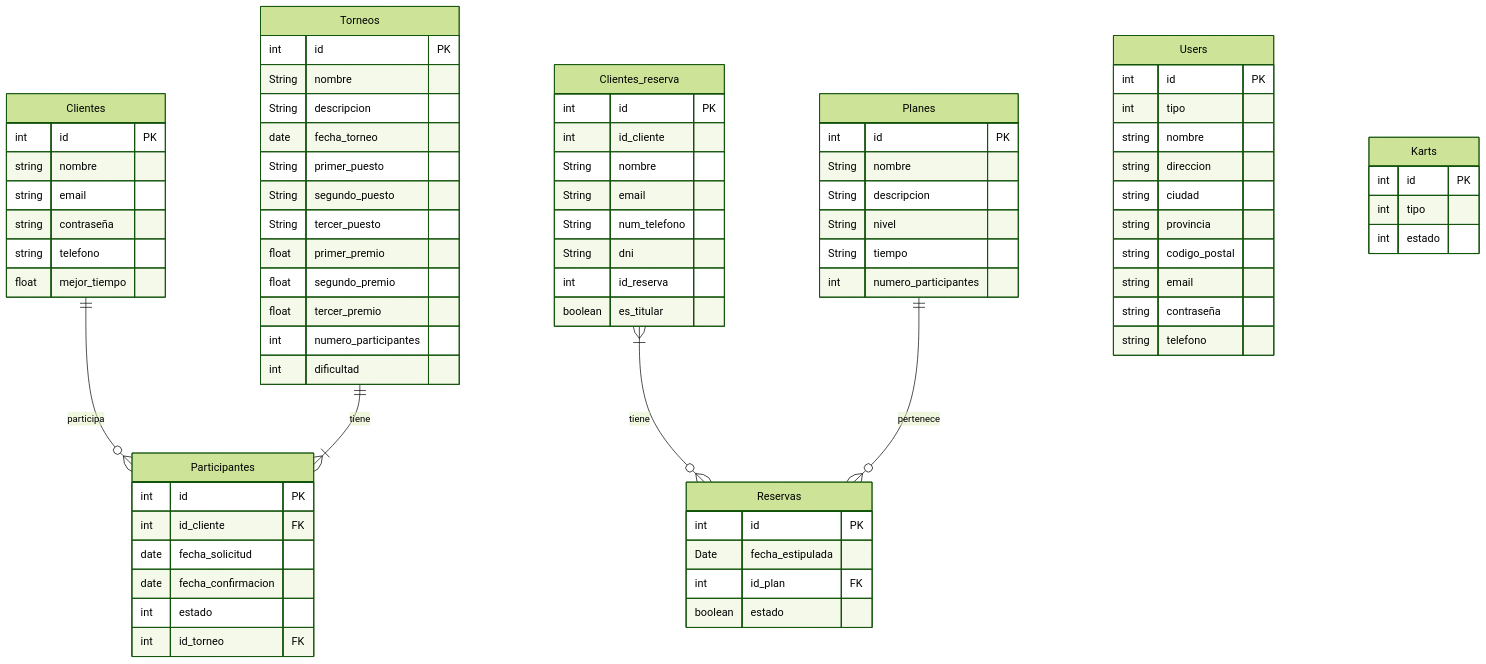
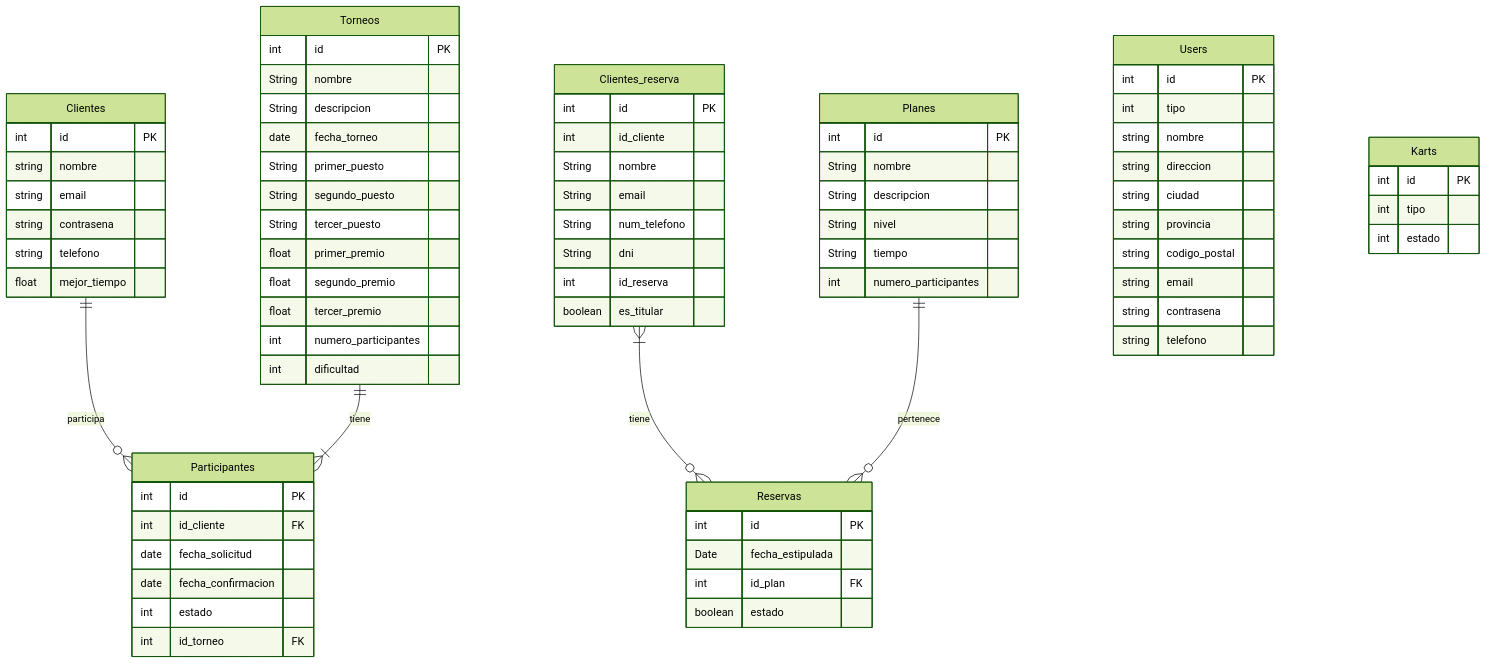
Before and after one commit to jglgap/kartmania: the diagram in doc/templates/3_deseño.md, drawn with Mermaid (forest theme).

Commit message:
Update ER diagram

```diff
--- a/doc/templates/3_deseño.md
+++ b/doc/templates/3_deseño.md
@@ -25,7 +25,7 @@
         string provincia
         string codigo_postal
         string email
-        string contraseña
+        string contrasena
         string telefono
 }
 
@@ -33,7 +33,7 @@
         int id PK
         string nombre
         string email
-        string contraseña
+        string contrasena
         string telefono
         float mejor_tiempo
 }
```
